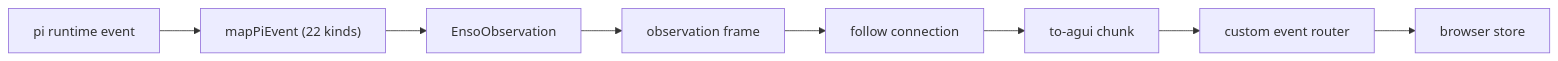
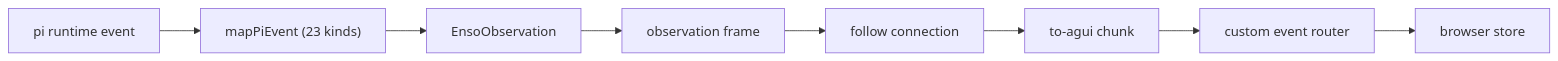
One commit to dopamine911/enso-harness changed the second of 2 diagrams in docs/reference/flows.md. Above: the diagram before and after it, drawn with Mermaid. The commit also changed other lines of this file and 22 other files, not shown here.

````diff
--- a/docs/reference/flows.md
+++ b/docs/reference/flows.md
@@ -60,11 +60,11 @@
 ```mermaid
 flowchart LR
   Pi["pi runtime event"]
-  Pi --> Mapper["mapPiEvent (22 kinds)"]
+  Pi --> Mapper["mapPiEvent (23 kinds)"]
   Mapper --> Schema["EnsoObservation"]
   Schema --> Frame["observation frame"]
   Frame --> Connection["follow connection"]
   Connection --> Adapter["to-agui chunk"]
   Adapter --> Router["custom event router"]
   Router --> Store["browser store"]
 ```
````
